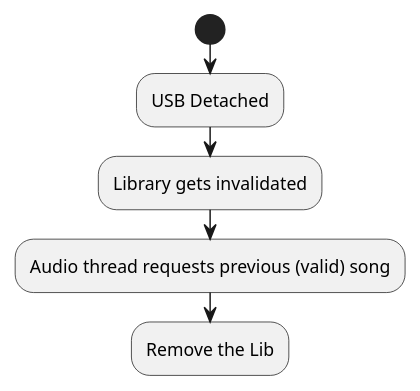
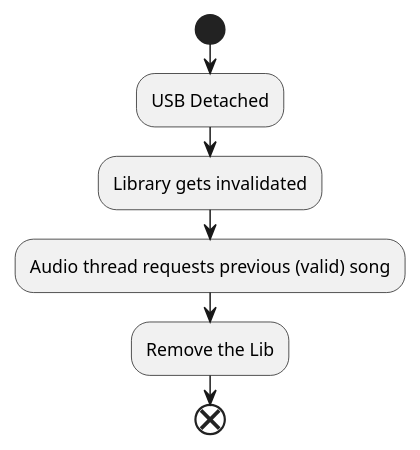
One commit to MineStorm999/BackingtrackPlayer_BG changed the second of 3 diagrams in README.md. Above: the diagram before and after it, drawn with PlantUML. The commit also changed other lines of this file, not shown here.

````diff
--- a/README.md
+++ b/README.md
@@ -132,9 +132,11 @@
 ```plantuml
 @startuml
 start 
 :USB Detached;
 :Library gets invalidated;
 :Audio thread requests previous (valid) song;
 :Remove the Lib;
+end
+
 @enduml
 ```
````
